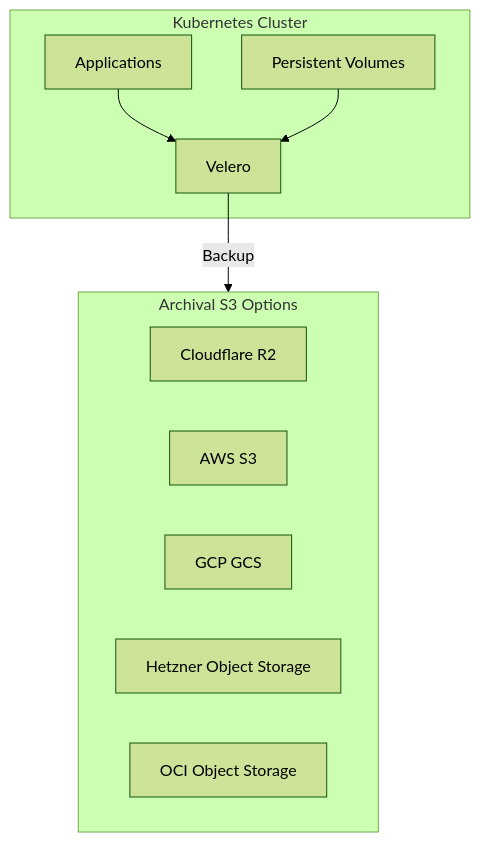
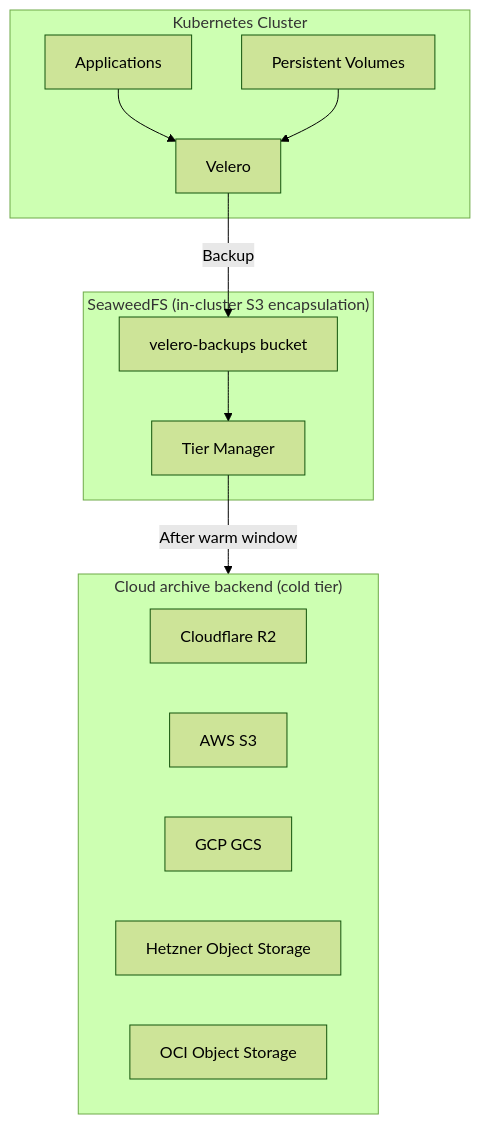
One commit to openova-io/openova changed the first of 3 diagrams in platform/velero/README.md. Above: the diagram before and after it, drawn with Mermaid (forest theme). The commit also changed other lines of this file and 31 other files, not shown here.

First line of the commit message:
docs(seaweedfs+guacamole): replace MinIO with SeaweedFS as unified S3 encapsulation; add Guacamole to bp-relay

````diff
--- a/platform/velero/README.md
+++ b/platform/velero/README.md
@@ -13,20 +13,27 @@
 ```mermaid
 flowchart TB
     subgraph K8s["Kubernetes Cluster"]
         Velero[Velero]
         Apps[Applications]
         PVs[Persistent Volumes]
     end
 
-    subgraph Archival["Archival S3 Options"]
+    subgraph SW["SeaweedFS (in-cluster S3 encapsulation)"]
+        Bucket[velero-backups bucket]
+        TierMgr[Tier Manager]
+    end
+
+    subgraph Archival["Cloud archive backend (cold tier)"]
         R2[Cloudflare R2]
         S3[AWS S3]
         GCS[GCP GCS]
         Hetzner[Hetzner Object Storage]
         OCI[OCI Object Storage]
     end
 
     Apps --> Velero
     PVs --> Velero
-    Velero -->|"Backup"| Archival
+    Velero -->|"Backup"| Bucket
+    Bucket --> TierMgr
+    TierMgr -->|"After warm window"| Archival
 ```
````
